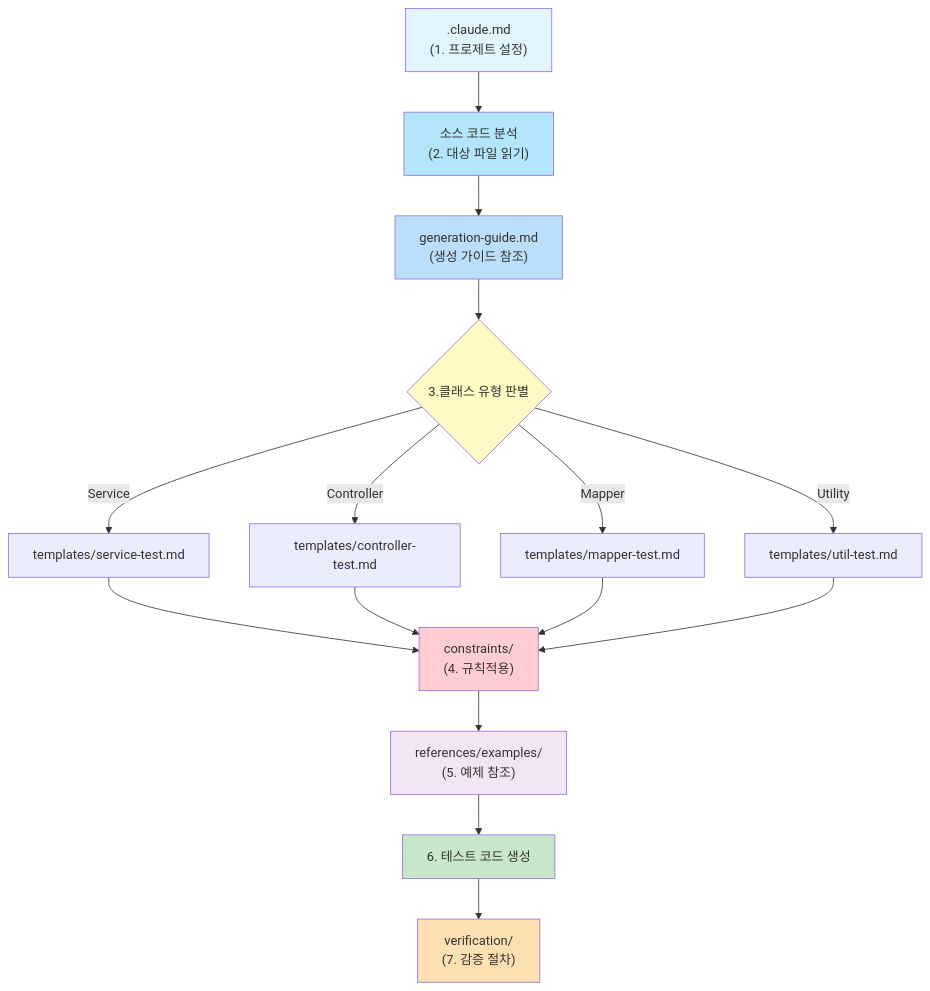
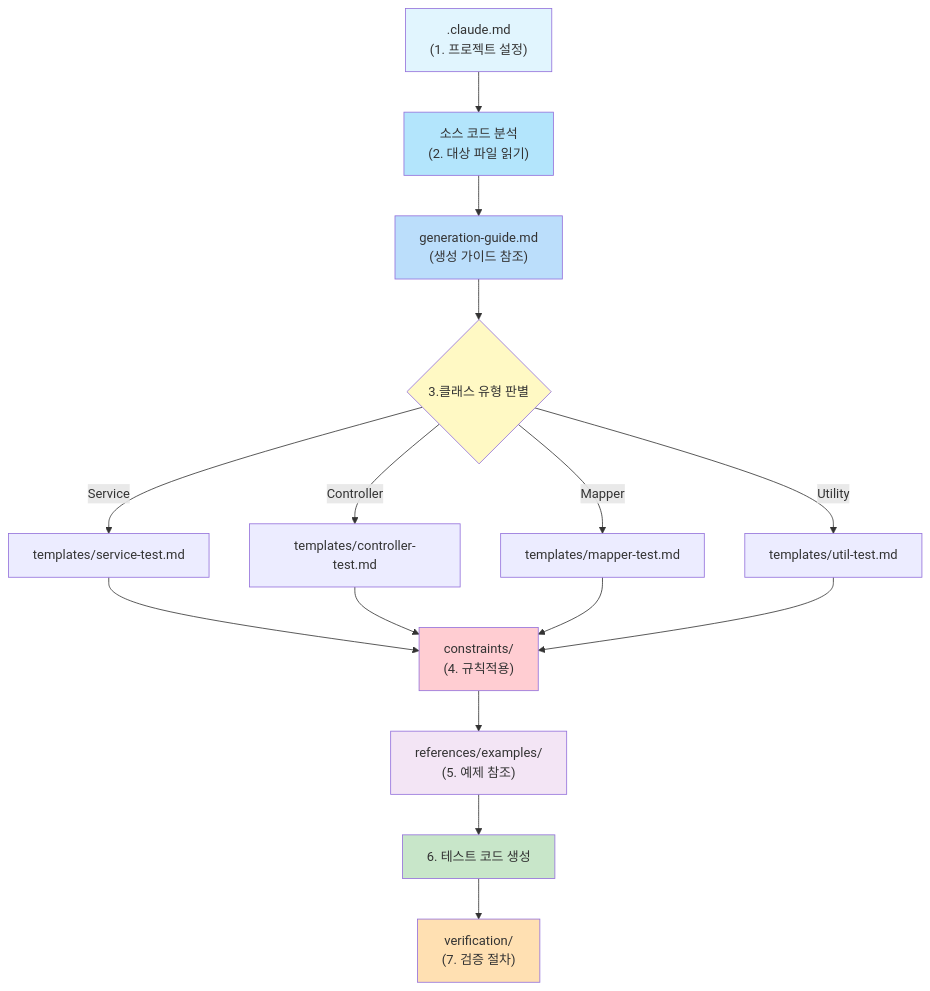
Before and after one commit to kyunmo/ai-tdd-demo: the diagram in docs/ai-tdd-skills/document-guide.md, drawn with Mermaid. The commit also changed other lines of this file and 22 other files, not shown here.

````diff
--- a/docs/ai-tdd-skills/document-guide.md
+++ b/docs/ai-tdd-skills/document-guide.md
@@ -43,23 +43,23 @@
 ```mermaid
 graph TD
-    A[".claude.md<br>(1. 프로제트 설정)"] --> S["소스 코드 분석<br>(2. 대상 파일 읽기)"]
+    A[".claude.md<br>(1. 프로젝트 설정)"] --> S["소스 코드 분석<br>(2. 대상 파일 읽기)"]
     S --> B["generation-guide.md<br>(생성 가이드 참조)"]
     B --> C{"3.클래스 유형 판별"}
     C -->|Service| T1["templates/service-test.md"]
     C -->|Controller| T2["templates/controller-test.md"]
     C -->|Mapper| T3["templates/mapper-test.md"]
     C -->|Utility| T4["templates/util-test.md"]
     T1 & T2 & T3 & T4 --> R["constraints/<br>(4. 규칙적용)"]
     R --> E["references/examples/<br>(5. 예제 참조)"]
     E --> G["6. 테스트 코드 생성"]
-    G --> V["verification/<br>(7. 감증 절차)"]
+    G --> V["verification/<br>(7. 검증 절차)"]
 
     style A fill:#e1f5fe
     style S fill:#b3e5fc
     style B fill:#bbdefb
     style C fill:#fff9c4
     style R fill:#ffcdd2
     style E fill:#f3e5f5
     style G fill:#c8e6c9
     style V fill:#ffe0b2
 ```
````
